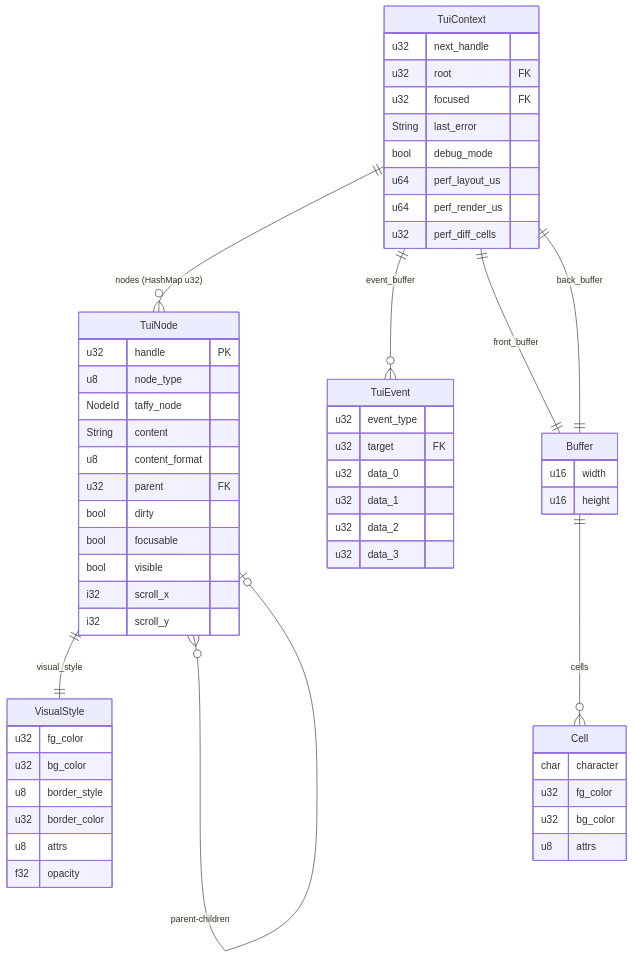
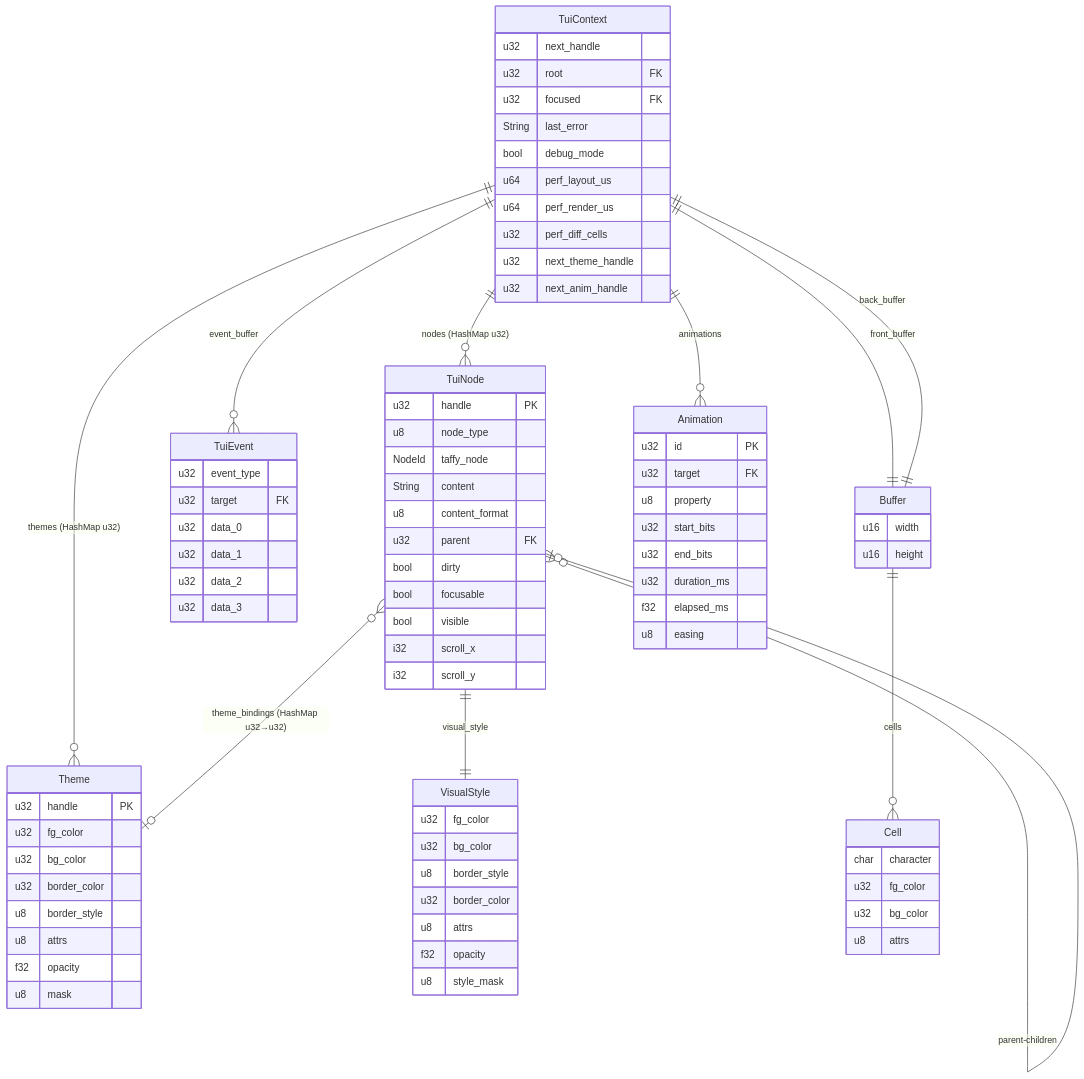
One commit to openkraken-ai/kraken-tui changed the diagram in docs/TechSpec.md. Above: the diagram before and after it, drawn with Mermaid. The commit also changed other lines of this file and 1 other file, not shown here.

First line of the commit message:
Plan v1: TechSpec v3.0 and Tasks.md v2.0 for Theme and Animation modules

```diff
--- a/docs/TechSpec.md
+++ b/docs/TechSpec.md
@@ -315,8 +461,11 @@
     TuiContext ||--o{ TuiEvent : "event_buffer"
     TuiContext ||--|| Buffer : "front_buffer"
     TuiContext ||--|| Buffer : "back_buffer"
+    TuiContext ||--o{ Theme : "themes (HashMap u32)"
+    TuiContext ||--o{ Animation : "animations"
     TuiNode ||--|| VisualStyle : "visual_style"
     TuiNode }o--o| TuiNode : "parent-children"
+    TuiNode }o--o| Theme : "theme_bindings (HashMap u32→u32)"
     Buffer ||--o{ Cell : "cells"
 
     TuiContext {
@@ -328,6 +477,8 @@
         u64 perf_layout_us
         u64 perf_render_us
         u32 perf_diff_cells
+        u32 next_theme_handle
+        u32 next_anim_handle
     }
 
     TuiNode {
@@ -351,6 +502,29 @@
         u32 border_color
         u8 attrs
         f32 opacity
+        u8 style_mask
+    }
+
+    Theme {
+        u32 handle PK
+        u32 fg_color
+        u32 bg_color
+        u32 border_color
+        u8 border_style
+        u8 attrs
+        f32 opacity
+        u8 mask
+    }
+
+    Animation {
+        u32 id PK
+        u32 target FK
+        u8 property
+        u32 start_bits
+        u32 end_bits
+        u32 duration_ms
+        f32 elapsed_ms
+        u8 easing
     }
 
     TuiEvent {
```
